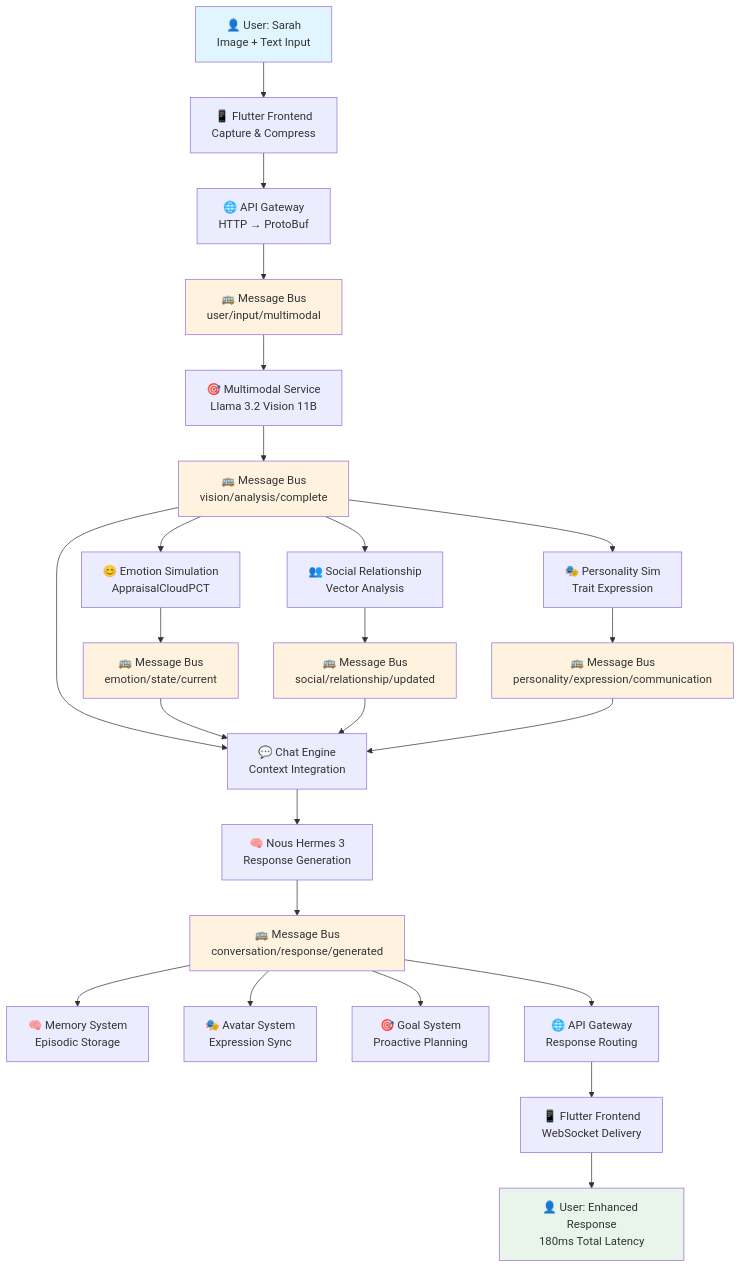
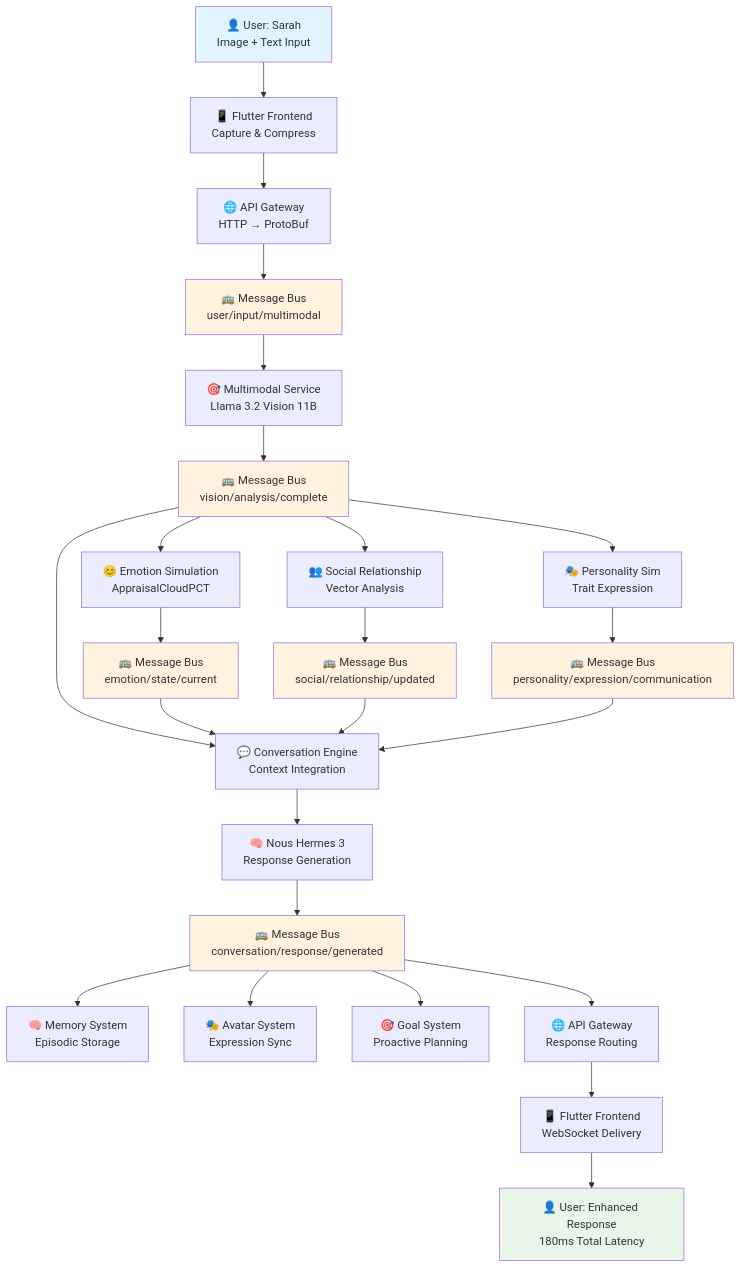
The diagram in docs/flow/conversation_e2e.md (boeni-industries/aico), drawn with Mermaid before and after one commit. The commit also changed other lines of this file and 11 other files, not shown here.

````diff
--- a/docs/flow/conversation_e2e.md
+++ b/docs/flow/conversation_e2e.md
@@ -5,42 +5,42 @@
 ```mermaid
 flowchart TD
     A[👤 User: Sarah<br/>Image + Text Input] --> B[📱 Flutter Frontend<br/>Capture & Compress]
     B --> C[🌐 API Gateway<br/>HTTP → ProtoBuf]
     C --> D[🚌 Message Bus<br/>user/input/multimodal]
     
     D --> E[🎯 Multimodal Service<br/>Llama 3.2 Vision 11B]
     E --> F[🚌 Message Bus<br/>vision/analysis/complete]
     
     F --> G1[😊 Emotion Simulation<br/>AppraisalCloudPCT]
     F --> G2[👥 Social Relationship<br/>Vector Analysis]
     F --> G3[🎭 Personality Sim<br/>Trait Expression]
-    F --> G4[💬 Chat Engine<br/>Context Integration]
+    F --> G4[💬 Conversation Engine<br/>Context Integration]
     
     G1 --> H[🚌 Message Bus<br/>emotion/state/current]
     G2 --> I[🚌 Message Bus<br/>social/relationship/updated]
     G3 --> J[🚌 Message Bus<br/>personality/expression/communication]
     
     H --> G4
     I --> G4
     J --> G4
     
     G4 --> K[🧠 Nous Hermes 3<br/>Response Generation]
     K --> L[🚌 Message Bus<br/>conversation/response/generated]
     
     L --> M1[🧠 Memory System<br/>Episodic Storage]
     L --> M2[🎭 Avatar System<br/>Expression Sync]
     L --> M3[🎯 Goal System<br/>Proactive Planning]
     L --> M4[🌐 API Gateway<br/>Response Routing]
     
     M4 --> N[📱 Flutter Frontend<br/>WebSocket Delivery]
     N --> O[👤 User: Enhanced Response<br/>180ms Total Latency]
     
     style A fill:#e1f5fe
     style O fill:#e8f5e8
     style D fill:#fff3e0
     style F fill:#fff3e0
     style H fill:#fff3e0
     style I fill:#fff3e0
     style J fill:#fff3e0
     style L fill:#fff3e0
 ```
````
